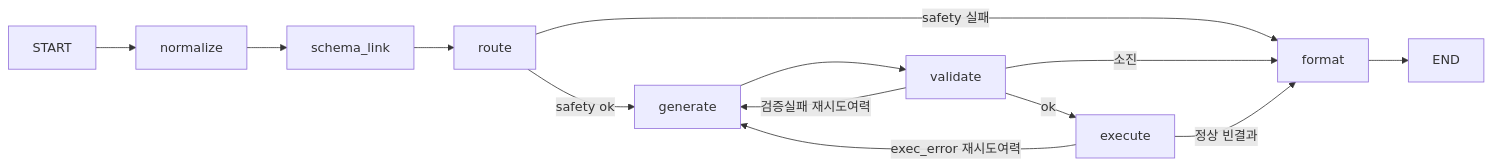
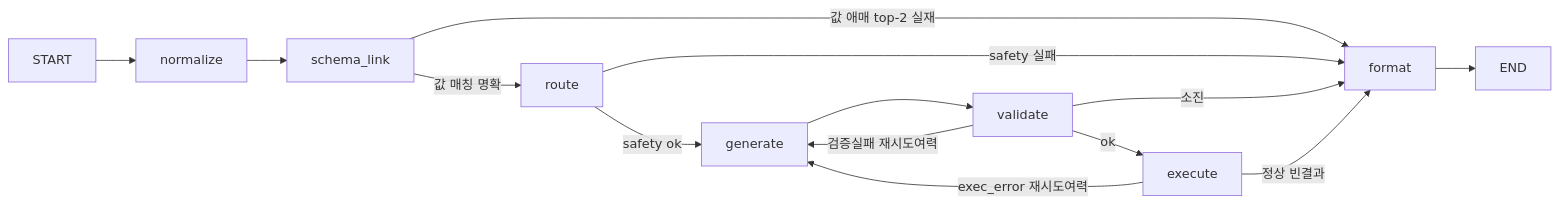
One commit to Doyunamic-Kwon/edu-gachon2026-project changed the diagram in projects/team07-sequel/docs/파이프라인_정리.md. Above: the diagram before and after it, drawn with Mermaid. The commit also changed other lines of this file and 4 other files, not shown here.

First line of the commit message:
graph: 값 레벨 ambiguity 되묻기 분기 추가

````diff
--- a/projects/team07-sequel/docs/파이프라인_정리.md
+++ b/projects/team07-sequel/docs/파이프라인_정리.md
@@ -12,15 +12,16 @@
 ```mermaid
 graph LR
     s0[START] --> normalize
     normalize --> schema_link
-    schema_link --> route
+    schema_link -->|값 매칭 명확| route
+    schema_link -->|값 애매 top-2 실재| format
     route -->|safety ok| generate
     route -->|safety 실패| format
     generate --> validate
     validate -->|ok| execute
     validate -->|검증실패 재시도여력| generate
     validate -->|소진| format
     execute -->|정상 빈결과| format
     execute -->|exec_error 재시도여력| generate
     format --> done[END]
 ```
````
